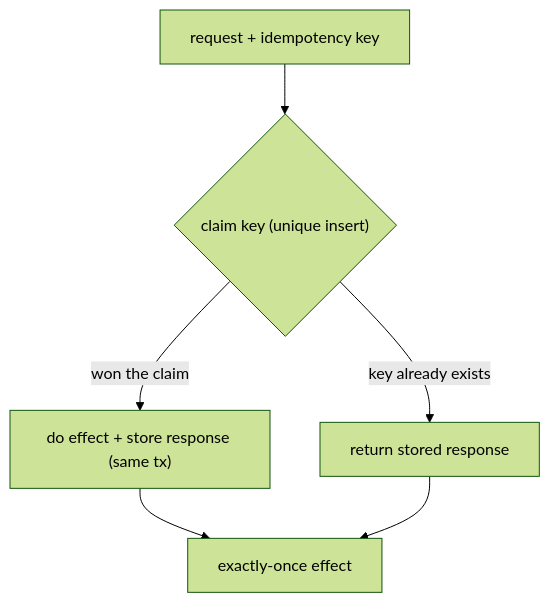
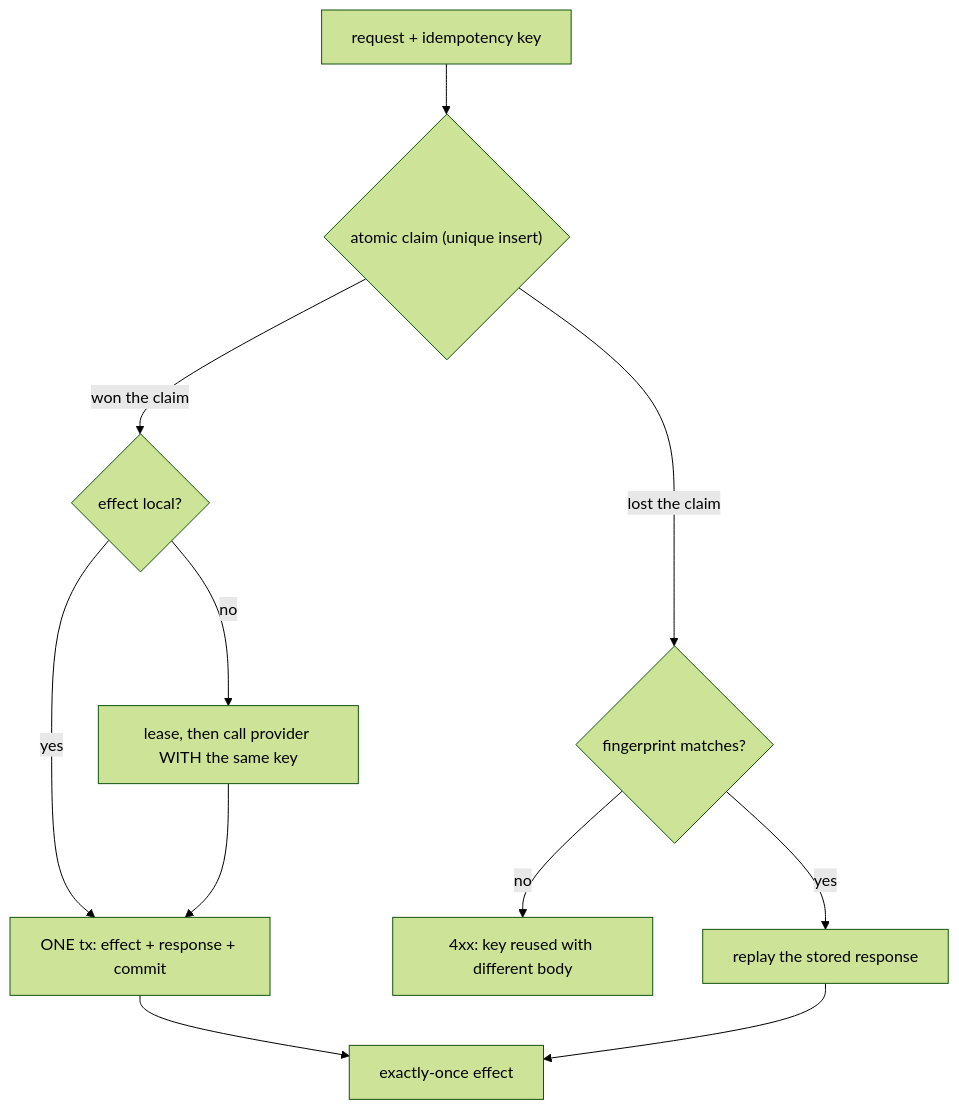
Before and after one commit to Sundeepg98/deepdive-rehearsal: the diagram in src/topics-md/idempotency.md, drawn with Mermaid (forest theme). The commit also changed other lines of this file and 41 other files, not shown here.

````diff
--- a/src/topics-md/idempotency.md
+++ b/src/topics-md/idempotency.md
@@ -255,8 +553,13 @@
 ```mermaid
 flowchart TD
-  R["request + idempotency key"] --> C{"claim key (unique insert)"}
-  C -->|"won the claim"| E["do effect + store response (same tx)"]
-  C -->|"key already exists"| D["return stored response"]
-  E --> OK["exactly-once effect"]
+  R["request + idempotency key"] --> C{"atomic claim (unique insert)"}
+  C -->|"lost the claim"| F{"fingerprint matches?"}
+  F -->|"yes"| D["replay the stored response"]
+  F -->|"no"| X["4xx: key reused with different body"]
+  C -->|"won the claim"| L{"effect local?"}
+  L -->|"yes"| T["ONE tx: effect + response + commit"]
+  L -->|"no"| P["lease, then call provider WITH the same key"]
+  P --> T
+  T --> OK["exactly-once effect"]
   D --> OK
 ```
````
